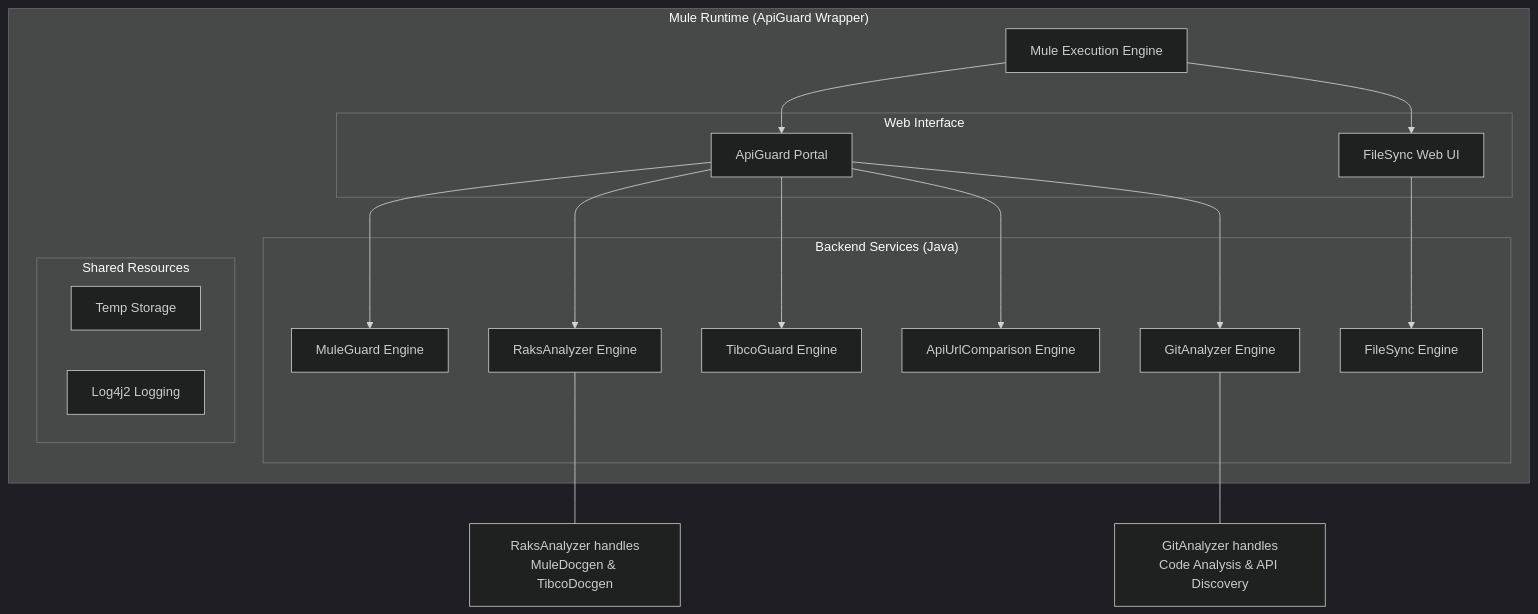
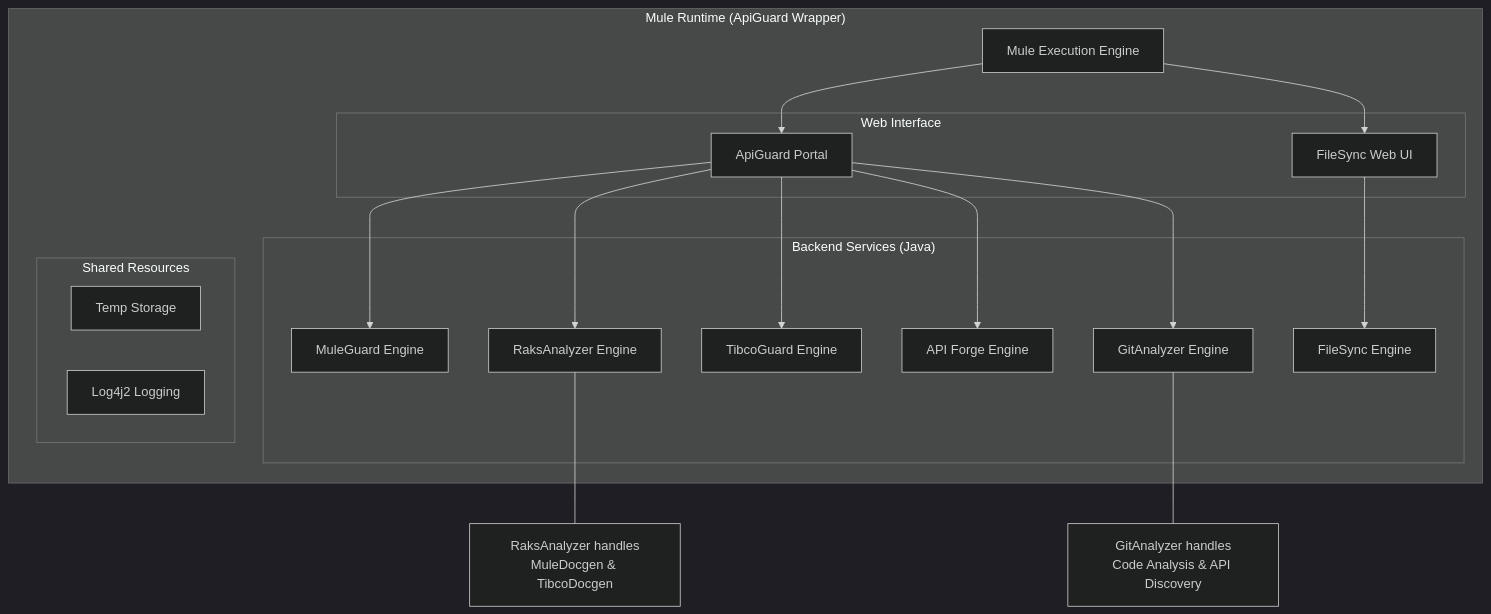
One commit to raksjnu/apiguard changed the diagram in apiguardwrapper/ENTERPRISE_ONBOARDING.md. Above: the diagram before and after it, drawn with Mermaid (dark theme). The commit also changed other lines of this file and 44 other files, not shown here.

Commit message:
Refactor: Rebranded to API Forge, fixed paths and logging

````diff
--- a/apiguardwrapper/ENTERPRISE_ONBOARDING.md
+++ b/apiguardwrapper/ENTERPRISE_ONBOARDING.md
@@ -44,41 +44,41 @@
 ```mermaid
 graph TB
     subgraph "Mule Runtime (ApiGuard Wrapper)"
         Mule[Mule Execution Engine]
         
         subgraph "Web Interface"
             Portal[ApiGuard Portal]
             SyncUI[FileSync Web UI]
         end
         
         subgraph "Backend Services (Java)"
             MG[MuleGuard Engine]
             RA[RaksAnalyzer Engine]
             TG[TibcoGuard Engine]
-            AUC[ApiUrlComparison Engine]
+            AUC[API Forge Engine]
             GA[GitAnalyzer Engine]
             FS[FileSync Engine]
         end
         
         subgraph "Shared Resources"
             Temp[Temp Storage]
             Logs[Log4j2 Logging]
         end
     end
     
     Portal --> MG
     Portal --> RA
     Portal --> TG
     Portal --> AUC
     Portal --> GA
     SyncUI --> FS
     
     Mule --> Portal
     Mule --> SyncUI
     
     note1[RaksAnalyzer handles<br/>MuleDocgen & TibcoDocgen]
     note2[GitAnalyzer handles<br/>Code Analysis & API Discovery]
     
     RA --- note1
     GA --- note2
 ```
````
